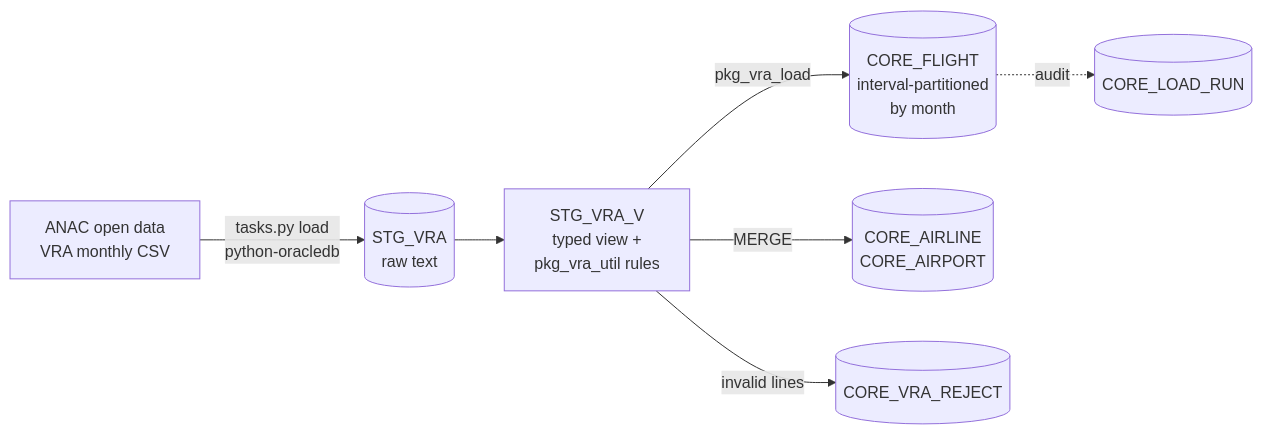
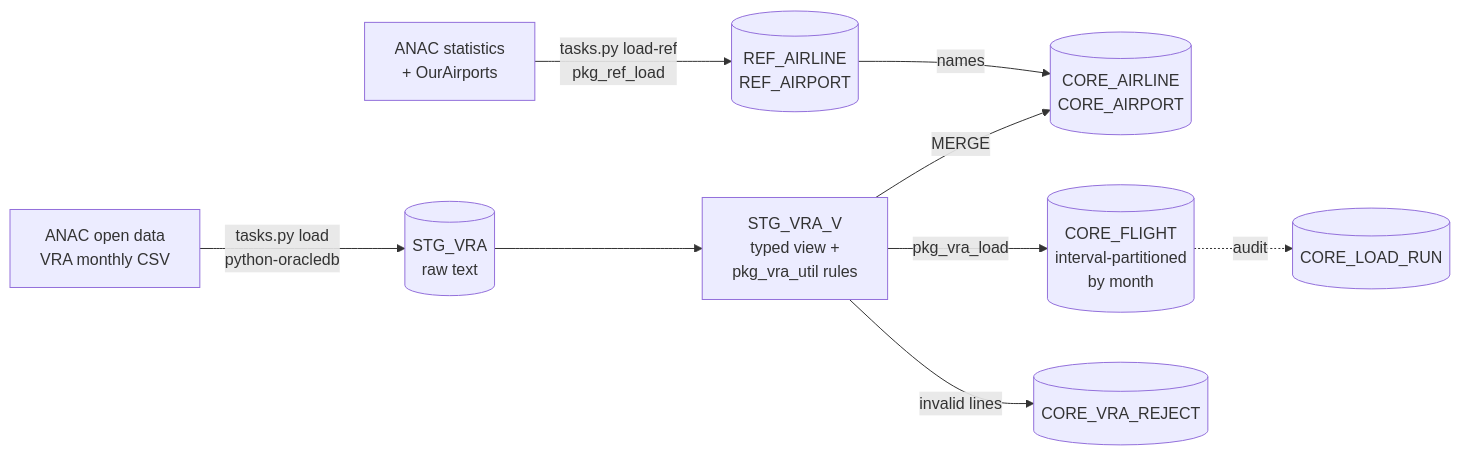
The diagram in README.md (Jano-Projects/aviation-otp-observatory), drawn with Mermaid before and after one commit. The commit also changed other lines of this file and 25 other files, not shown here.

Commit message:
feat: reference data for airline and airport names (phase 2.1)

````diff
--- a/README.md
+++ b/README.md
@@ -34,9 +34,11 @@
 ```mermaid
 flowchart LR
+    R[ANAC statistics<br/>+ OurAirports] -->|tasks.py load-ref<br/>pkg_ref_load| RF[(REF_AIRLINE<br/>REF_AIRPORT)]
+    RF -->|names| E
     A[ANAC open data<br/>VRA monthly CSV] -->|tasks.py load<br/>python-oracledb| B[(STG_VRA<br/>raw text)]
     B --> C[STG_VRA_V<br/>typed view +<br/>pkg_vra_util rules]
     C -->|pkg_vra_load| D[(CORE_FLIGHT<br/>interval-partitioned<br/>by month)]
     C -->|MERGE| E[(CORE_AIRLINE<br/>CORE_AIRPORT)]
     C -->|invalid lines| F[(CORE_VRA_REJECT)]
     D -.audit.-> G[(CORE_LOAD_RUN)]
 ```
````
